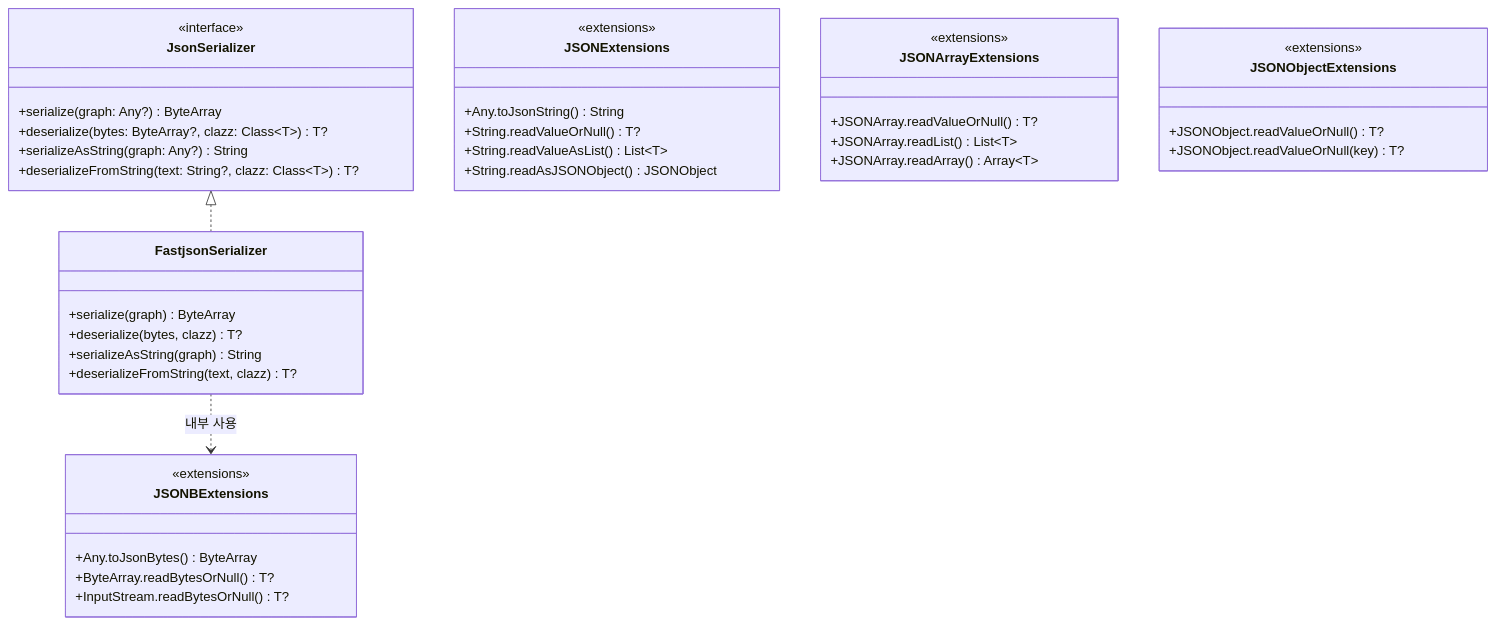
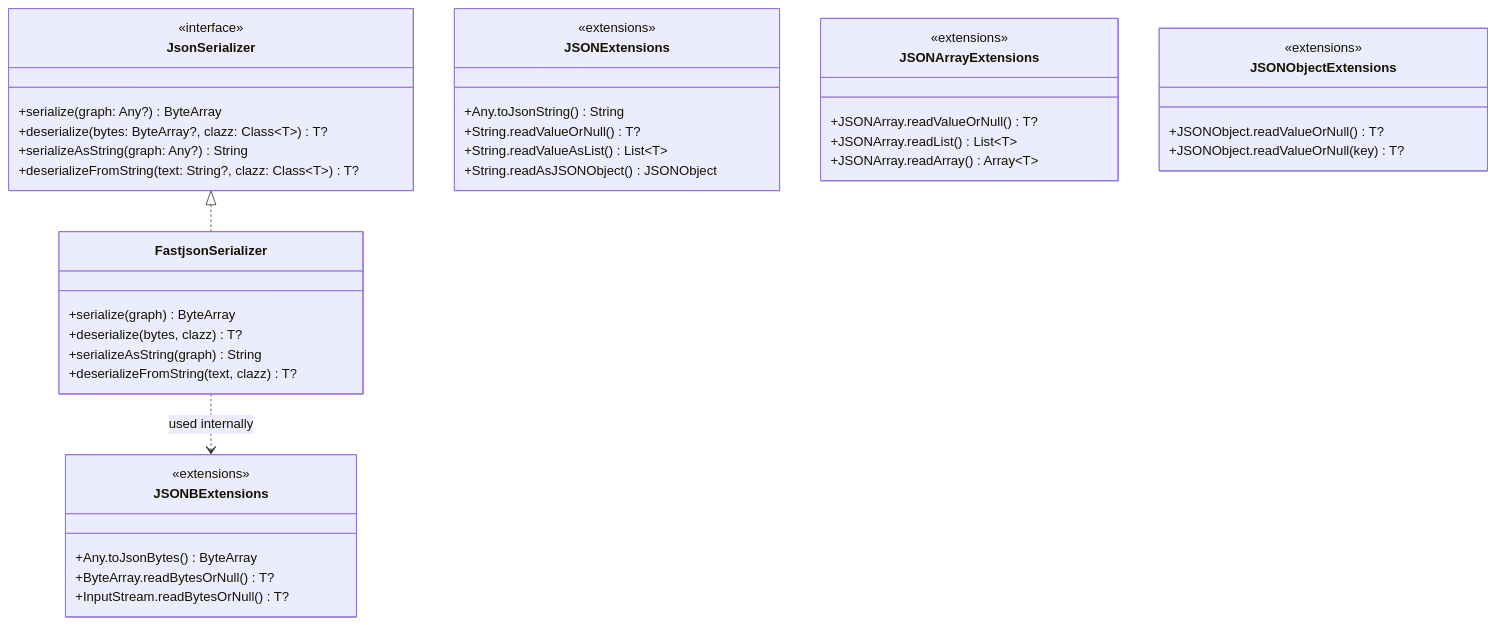
One commit to bluetape4k/bluetape4k-projects changed the first of 2 diagrams in io/fastjson2/README.md. Above: the diagram before and after it, drawn with Mermaid. The commit also changed other lines of this file and 265 other files, not shown here.

````diff
--- a/io/fastjson2/README.md
+++ b/io/fastjson2/README.md
@@ -127,49 +128,49 @@
 ```mermaid
 classDiagram
     class JsonSerializer {
         <<interface>>
         +serialize(graph: Any?) ByteArray
         +deserialize(bytes: ByteArray?, clazz: Class~T~) T?
         +serializeAsString(graph: Any?) String
         +deserializeFromString(text: String?, clazz: Class~T~) T?
     }
 
     class FastjsonSerializer {
         +serialize(graph) ByteArray
         +deserialize(bytes, clazz) T?
         +serializeAsString(graph) String
         +deserializeFromString(text, clazz) T?
     }
 
     class JSONExtensions {
         <<extensions>>
         +Any.toJsonString() String
         +String.readValueOrNull() T?
         +String.readValueAsList() List~T~
         +String.readAsJSONObject() JSONObject
     }
 
     class JSONBExtensions {
         <<extensions>>
         +Any.toJsonBytes() ByteArray
         +ByteArray.readBytesOrNull() T?
         +InputStream.readBytesOrNull() T?
     }
 
     class JSONArrayExtensions {
         <<extensions>>
         +JSONArray.readValueOrNull() T?
         +JSONArray.readList() List~T~
         +JSONArray.readArray() Array~T~
     }
 
     class JSONObjectExtensions {
         <<extensions>>
         +JSONObject.readValueOrNull() T?
         +JSONObject.readValueOrNull(key) T?
     }
 
     JsonSerializer <|.. FastjsonSerializer
-    FastjsonSerializer ..> JSONBExtensions : 내부 사용
+    FastjsonSerializer ..> JSONBExtensions : used internally
 
 ```
````
